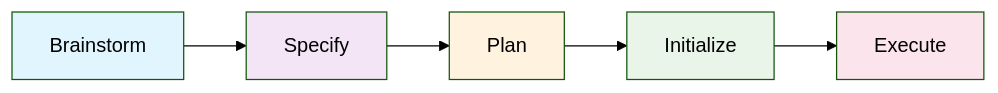
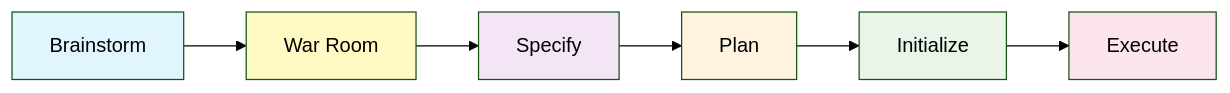
One commit to athola/claude-night-market changed the diagram in book/src/plugins/attune.md. Above: the diagram before and after it, drawn with Mermaid (forest theme). The commit also changed other lines of this file and 190 other files, not shown here.

First line of the commit message:
chore(release): version 1.3.5 - conserve optimizations & attune war-room

````diff
--- a/book/src/plugins/attune.md
+++ b/book/src/plugins/attune.md
@@ -11,13 +11,15 @@
 ```mermaid
 graph LR
-    A[Brainstorm] --> B[Specify]
-    B --> C[Plan]
-    C --> D[Initialize]
-    D --> E[Execute]
+    A[Brainstorm] --> B[War Room]
+    B --> C[Specify]
+    C --> D[Plan]
+    D --> E[Initialize]
+    E --> F[Execute]
 
     style A fill:#e1f5fe
-    style B fill:#f3e5f5
-    style C fill:#fff3e0
-    style D fill:#e8f5e8
-    style E fill:#fce4ec
+    style B fill:#fff9c4
+    style C fill:#f3e5f5
+    style D fill:#fff3e0
+    style E fill:#e8f5e8
+    style F fill:#fce4ec
 ```
````
